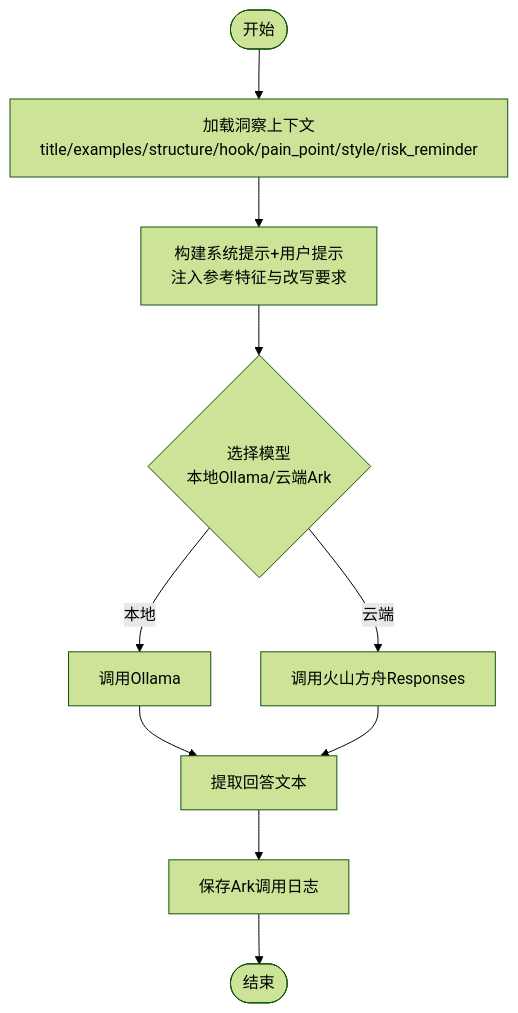
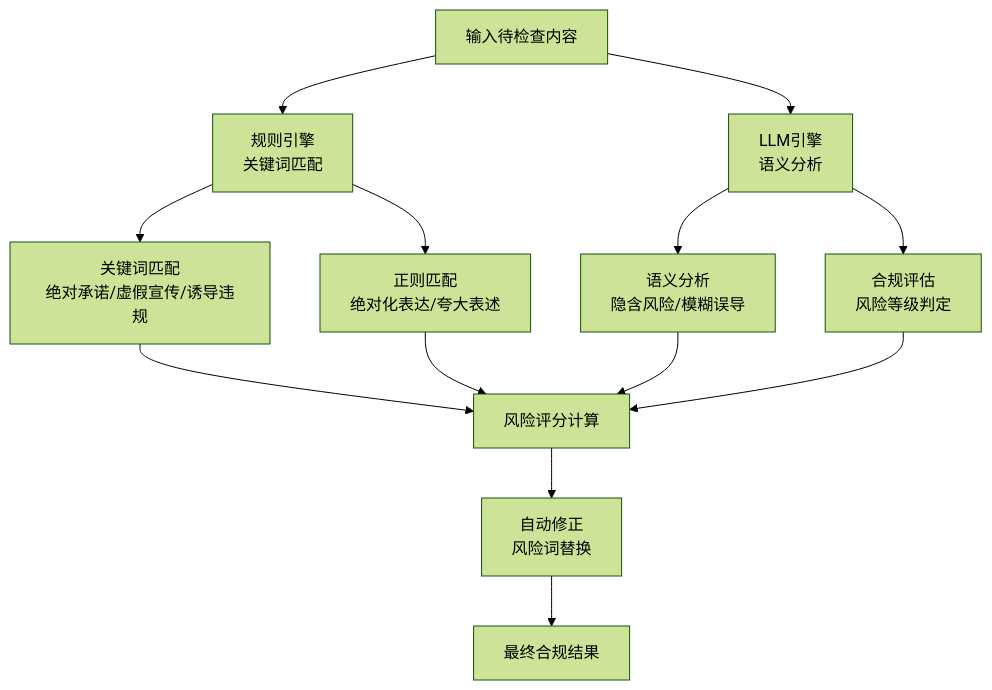
The fifth of 7 diagrams in .qoder/repowiki/zh/content/AI内容处理系统/AI内容处理系统.md (dream-ze/AI_huoke-), drawn with Mermaid (forest theme) before and after one commit. The commit also changed other lines of this file and 25 other files, not shown here.

````diff
--- a/.qoder/repowiki/zh/content/AI内容处理系统/AI内容处理系统.md
+++ b/.qoder/repowiki/zh/content/AI内容处理系统/AI内容处理系统.md
@@ -154,12 +301,15 @@
 ```mermaid
 flowchart TD
-Start(["开始"]) --> LoadCtx["加载洞察上下文<br/>title/examples/structure/hook/pain_point/style/risk_reminder"]
-LoadCtx --> BuildPrompt["构建系统提示+用户提示<br/>注入参考特征与改写要求"]
-BuildPrompt --> CallLLM{"选择模型<br/>本地Ollama/云端Ark"}
-CallLLM --> |本地| Ollama["调用Ollama"]
-CallLLM --> |云端| Ark["调用火山方舟Responses"]
-Ollama --> PostProcess["提取回答文本"]
-Ark --> PostProcess
-PostProcess --> SaveLog["保存Ark调用日志"]
-SaveLog --> End(["结束"])
+INPUT["输入待检查内容"] --> RULE_ENGINE["规则引擎<br/>关键词匹配"]
+INPUT --> LLM_ENGINE["LLM引擎<br/>语义分析"]
+RULE_ENGINE --> KEYWORD_MATCH["关键词匹配<br/>绝对承诺/虚假宣传/诱导违规"]
+RULE_ENGINE --> REGEX_MATCH["正则匹配<br/>绝对化表达/夸大表述"]
+LLM_ENGINE --> SEMANTIC_ANALYSIS["语义分析<br/>隐含风险/模糊误导"]
+LLM_ENGINE --> COMPLIANCE_EVALUATION["合规评估<br/>风险等级判定"]
+KEYWORD_MATCH --> SCORE_CALCULATION["风险评分计算"]
+REGEX_MATCH --> SCORE_CALCULATION
+SEMANTIC_ANALYSIS --> SCORE_CALCULATION
+COMPLIANCE_EVALUATION --> SCORE_CALCULATION
+SCORE_CALCULATION --> AUTO_FIX["自动修正<br/>风险词替换"]
+AUTO_FIX --> FINAL_OUTPUT["最终合规结果"]
 ```
````
